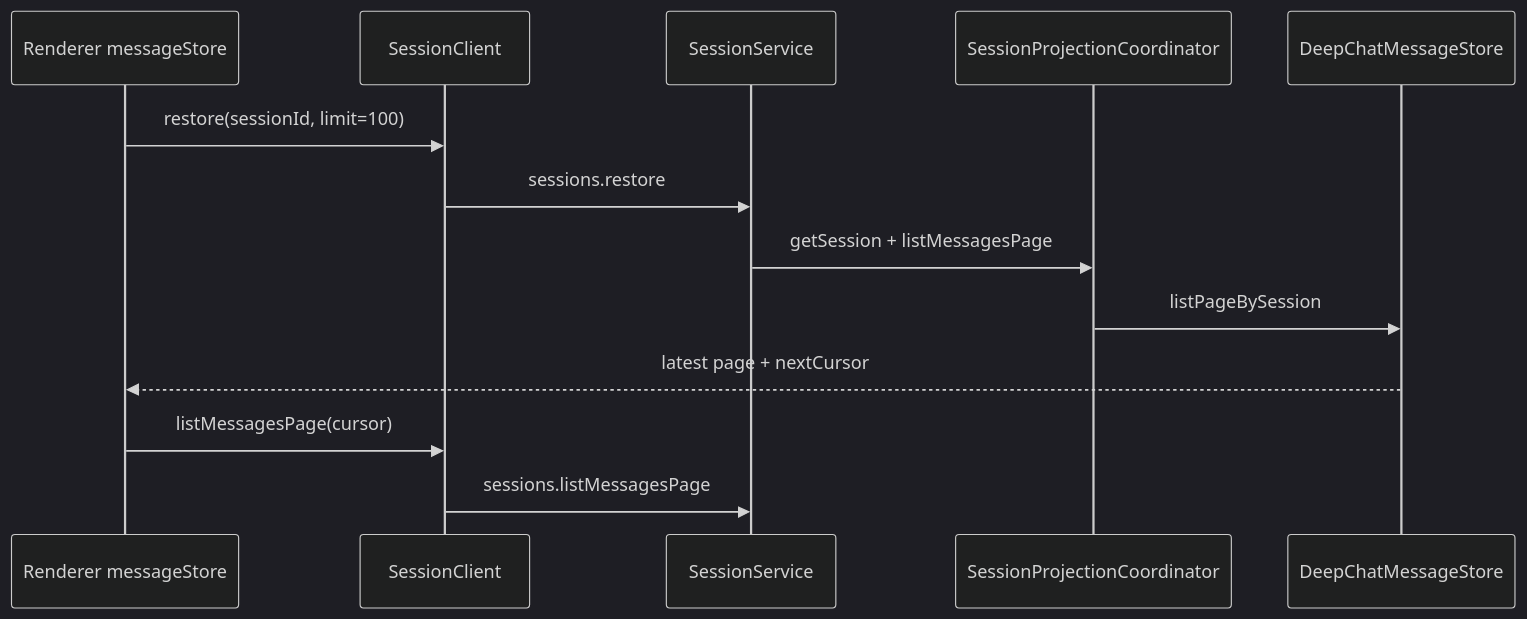
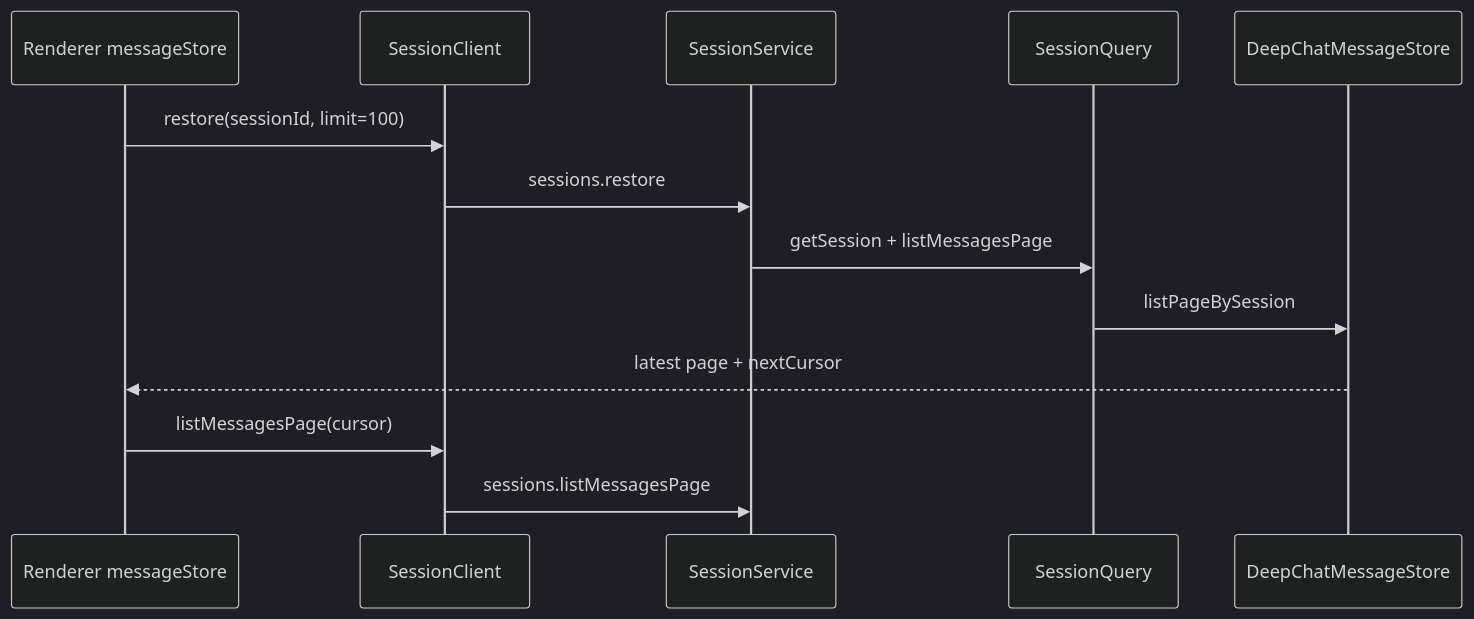
Before and after one commit to ThinkInAIXYZ/deepchat: the fourth of 9 diagrams in docs/FLOWS.md, drawn with Mermaid (dark theme). The commit also changed other lines of this file and 42 other files, not shown here.

````diff
--- a/docs/FLOWS.md
+++ b/docs/FLOWS.md
@@ -123,16 +123,16 @@
 ```mermaid
 sequenceDiagram
     participant R as Renderer messageStore
     participant S as SessionClient
     participant Route as SessionService
-    participant P as SessionProjectionCoordinator
+    participant P as SessionQuery
     participant DB as DeepChatMessageStore
 
     R->>S: restore(sessionId, limit=100)
     S->>Route: sessions.restore
     Route->>P: getSession + listMessagesPage
     P->>DB: listPageBySession
     DB-->>R: latest page + nextCursor
     R->>S: listMessagesPage(cursor)
     S->>Route: sessions.listMessagesPage
 ```
````
